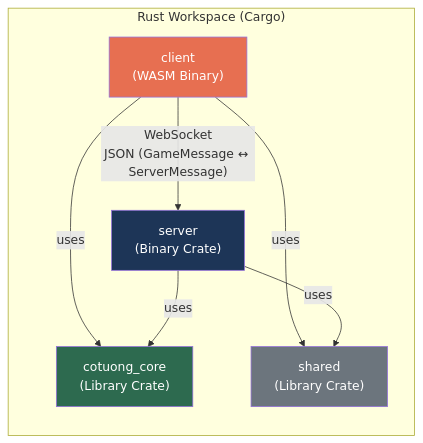
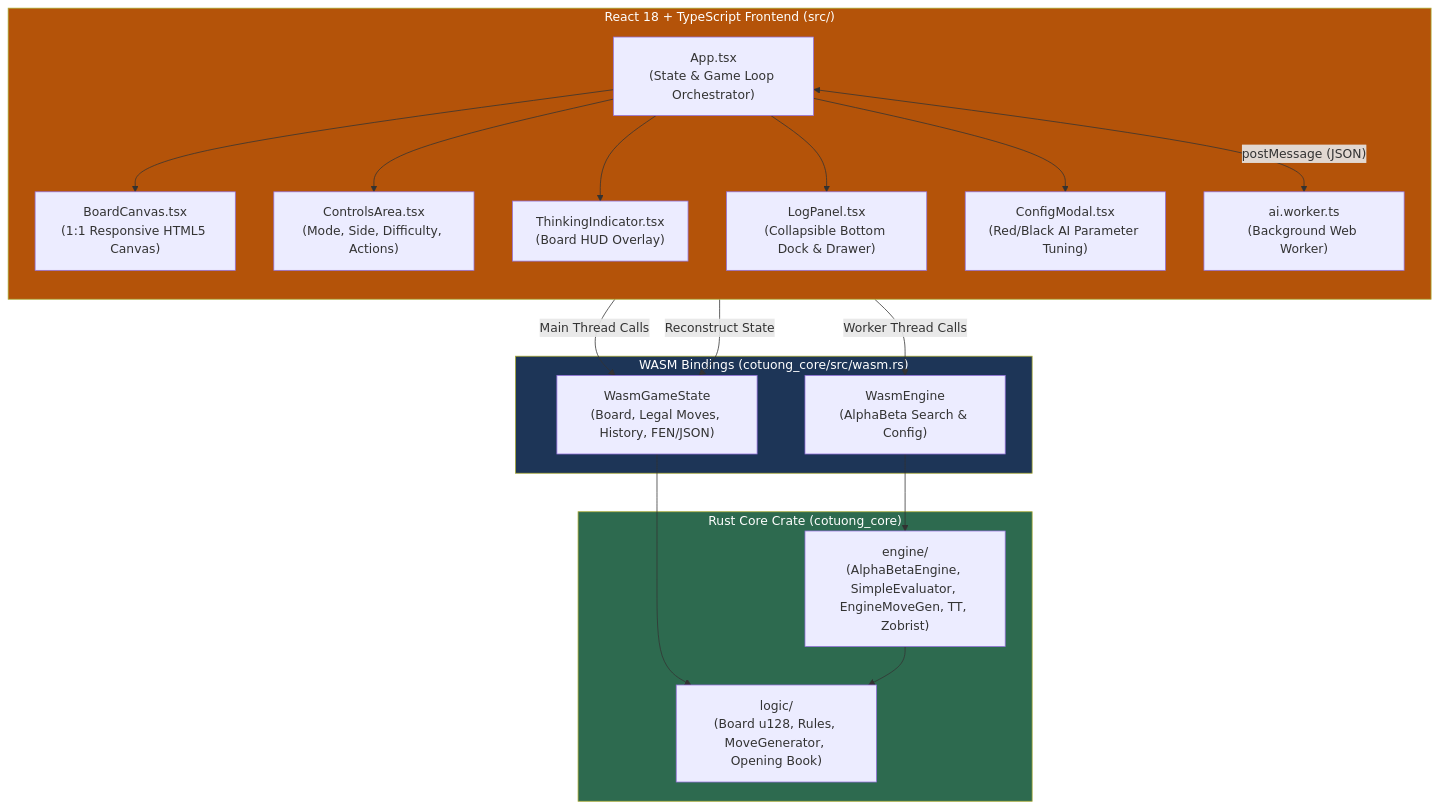
Before and after one commit to thichuong/GameCoTuong: the first of 4 diagrams in ARCHITECTURE.md, drawn with Mermaid. The commit also changed other lines of this file and 7 other files, not shown here.

````diff
--- a/ARCHITECTURE.md
+++ b/ARCHITECTURE.md
@@ -5,21 +5,40 @@
 ```mermaid
 graph TB
-    subgraph Workspace["Rust Workspace (Cargo)"]
+    subgraph Frontend["React 18 + TypeScript Frontend (src/)"]
         direction TB
-        Core["cotuong_core<br/>(Library Crate)"]
-        Server["server<br/>(Binary Crate)"]
-        Client["client<br/>(WASM Binary)"]
-        Shared["shared<br/>(Library Crate)"]
+        App["App.tsx<br/>(State & Game Loop Orchestrator)"]
+        Canvas["BoardCanvas.tsx<br/>(1:1 Responsive HTML5 Canvas)"]
+        Controls["ControlsArea.tsx<br/>(Mode, Side, Difficulty, Actions)"]
+        Overlay["ThinkingIndicator.tsx<br/>(Board HUD Overlay)"]
+        Log["LogPanel.tsx<br/>(Collapsible Bottom Dock & Drawer)"]
+        Config["ConfigModal.tsx<br/>(Red/Black AI Parameter Tuning)"]
+        Worker["ai.worker.ts<br/>(Background Web Worker)"]
     end
 
-    Client -->|"uses"| Core
-    Client -->|"uses"| Shared
-    Server -->|"uses"| Core
-    Server -->|"uses"| Shared
-    Client -- "WebSocket<br/>JSON (GameMessage ↔ ServerMessage)" --> Server
+    subgraph WasmBridge["WASM Bindings (cotuong_core/src/wasm.rs)"]
+        WGS["WasmGameState<br/>(Board, Legal Moves, History, FEN/JSON)"]
+        WE["WasmEngine<br/>(AlphaBeta Search & Config)"]
+    end
+
+    subgraph Core["Rust Core Crate (cotuong_core)"]
+        Logic["logic/<br/>(Board u128, Rules, MoveGenerator, Opening Book)"]
+        Engine["engine/<br/>(AlphaBetaEngine, SimpleEvaluator, EngineMoveGen, TT, Zobrist)"]
+    end
+
+    App --> Canvas
+    App --> Controls
+    App --> Overlay
+    App --> Log
+    App --> Config
+    App -->|"Main Thread Calls"| WGS
+    App <-->|"postMessage (JSON)"| Worker
+    Worker -->|"Worker Thread Calls"| WE
+    Worker -->|"Reconstruct State"| WGS
+    WGS --> Logic
+    WE --> Engine
+    Engine --> Logic
 
     style Core fill:#2d6a4f,color:#fff
-    style Server fill:#1d3557,color:#fff
-    style Client fill:#e76f51,color:#fff
-    style Shared fill:#6c757d,color:#fff
+    style WasmBridge fill:#1d3557,color:#fff
+    style Frontend fill:#b45309,color:#fff
 ```
````
